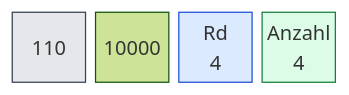
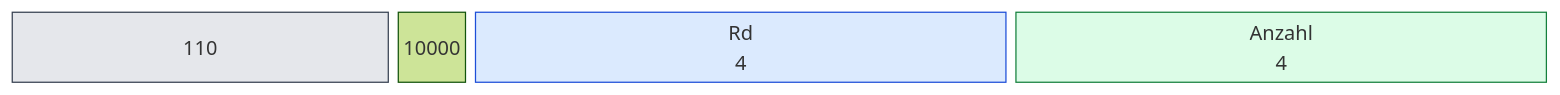
Before and after one commit to olfp/Deep16: diagram 21 of 32 in book/kap03.md, drawn with Mermaid (forest theme). The commit also changed other lines of this file and 1 other file, not shown here.

Commit message:
book: Befehlsdiagramme auf einheitliches 31-Spalten-Layout (ohne explizite Gap-Blöcke) bereinigt

````diff
--- a/book/kap03.md
+++ b/book/kap03.md
@@ -739,17 +711,17 @@
 ```mermaid
 block-beta
-  columns 4
+  columns 31
   classDef op fill:#e5e7eb,stroke:#374151
   classDef reg fill:#dbeafe,stroke:#1d4ed8
   classDef imm fill:#fef3c7,stroke:#b45309
   classDef off fill:#dcfce7,stroke:#15803d
   classDef seg fill:#ede9fe,stroke:#6d28d9
   classDef all fill:#fee2e2,stroke:#b91c1c
-  b0["110"]:1
+  b0["110"]:5
   b1["10000"]:1
-  b2["Rd<br/>4"]:1
-  b3["Anzahl<br/>4"]:1
+  b2["Rd<br/>4"]:7
+  b3["Anzahl<br/>4"]:7
   class b0 b1 op
   class b2 reg
   class b3 off
 ```
````
